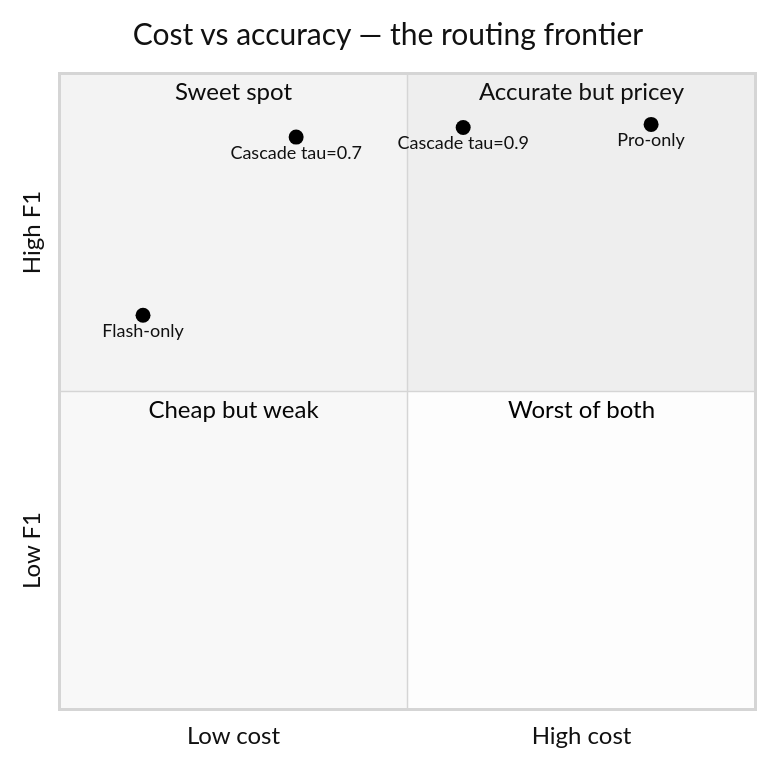
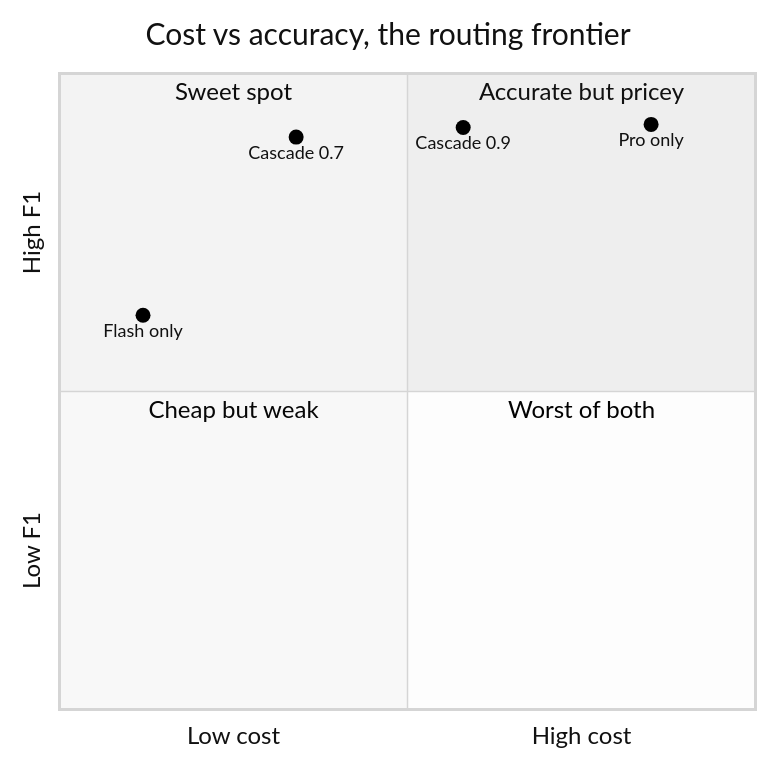
One commit to dvallslanaquera/skingraph changed diagram 13 of 14 in EVAL-OPS.md. Above: the diagram before and after it, drawn with Mermaid (neutral theme). The commit also changed other lines of this file and 1 other file, not shown here.

First line of the commit message:
docs: sync roadmap with shipped phases 3-7; GitHub-safe EVAL-OPS mermaid labels

````diff
--- a/EVAL-OPS.md
+++ b/EVAL-OPS.md
@@ -531,14 +531,14 @@
 ```mermaid
 quadrantChart
-    title Cost vs accuracy — the routing frontier
+    title Cost vs accuracy, the routing frontier
     x-axis Low cost --> High cost
     y-axis Low F1 --> High F1
     quadrant-1 Accurate but pricey
     quadrant-2 Sweet spot
     quadrant-3 Cheap but weak
     quadrant-4 Worst of both
-    Flash-only: [0.12, 0.62]
-    Pro-only: [0.85, 0.92]
-    Cascade tau=0.7: [0.34, 0.90]
-    Cascade tau=0.9: [0.58, 0.915]
+    Flash only: [0.12, 0.62]
+    Pro only: [0.85, 0.92]
+    Cascade 0.7: [0.34, 0.90]
+    Cascade 0.9: [0.58, 0.915]
 ```
````
